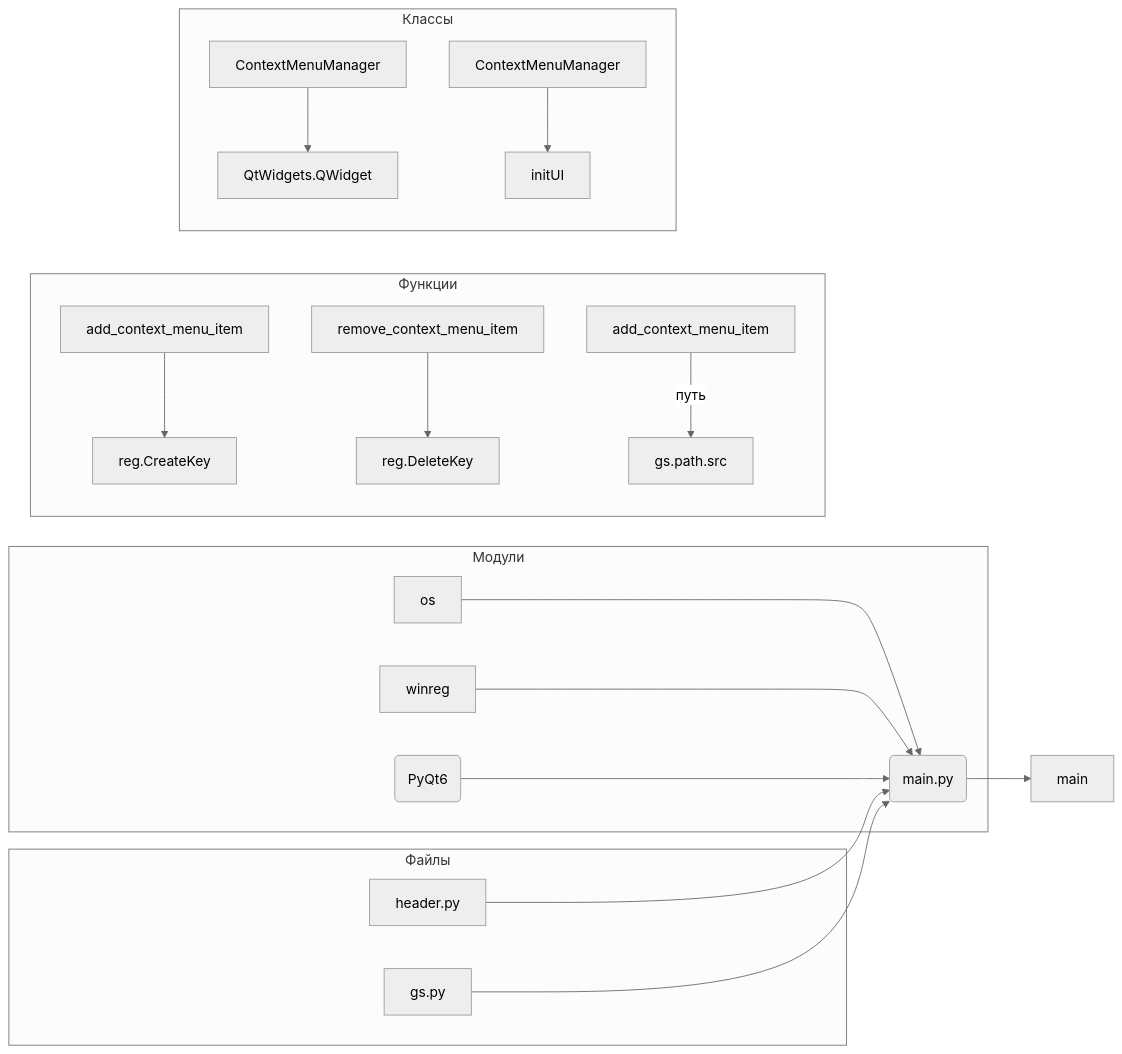
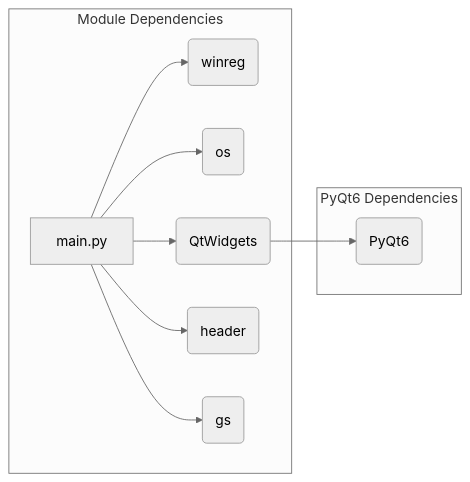
The second of 2 diagrams in docs/gemini/ru/explainer/src/gui/context_menu/qt6/main.md (hypo69/hypo), drawn with Mermaid (neutral theme) before and after one commit. The commit also changed other lines of this file and 468 other files, not shown here.

````diff
--- a/docs/gemini/ru/explainer/src/gui/context_menu/qt6/main.md
+++ b/docs/gemini/ru/explainer/src/gui/context_menu/qt6/main.md
@@ -175,22 +145,14 @@
 ```mermaid
 graph LR
-    subgraph "Модули"
-        A[os] --> B(main.py);
-        C[winreg] --> B;
-        D(PyQt6) --> B;
+    subgraph "Module Dependencies"
+        A[main.py] --> B(winreg);
+        A --> C(os);
+        A --> D(QtWidgets);
+        A --> E(header);
+        A --> F(gs);
     end
-    subgraph "Файлы"
-        E[header.py] --> B;
-        F[gs.py] --> B;
+    
+    subgraph "PyQt6 Dependencies"
+        D --> G(PyQt6);
     end
-    subgraph "Функции"
-        G[add_context_menu_item] --> H[reg.CreateKey];
-        I[remove_context_menu_item] --> J[reg.DeleteKey];
-        K[add_context_menu_item] -- путь --> L[gs.path.src];
-    end
-    subgraph "Классы"
-        M[ContextMenuManager] --> N[QtWidgets.QWidget];
-        O[ContextMenuManager] --> P[initUI];
-    end
-    B --> Q[main];
 ```
````
